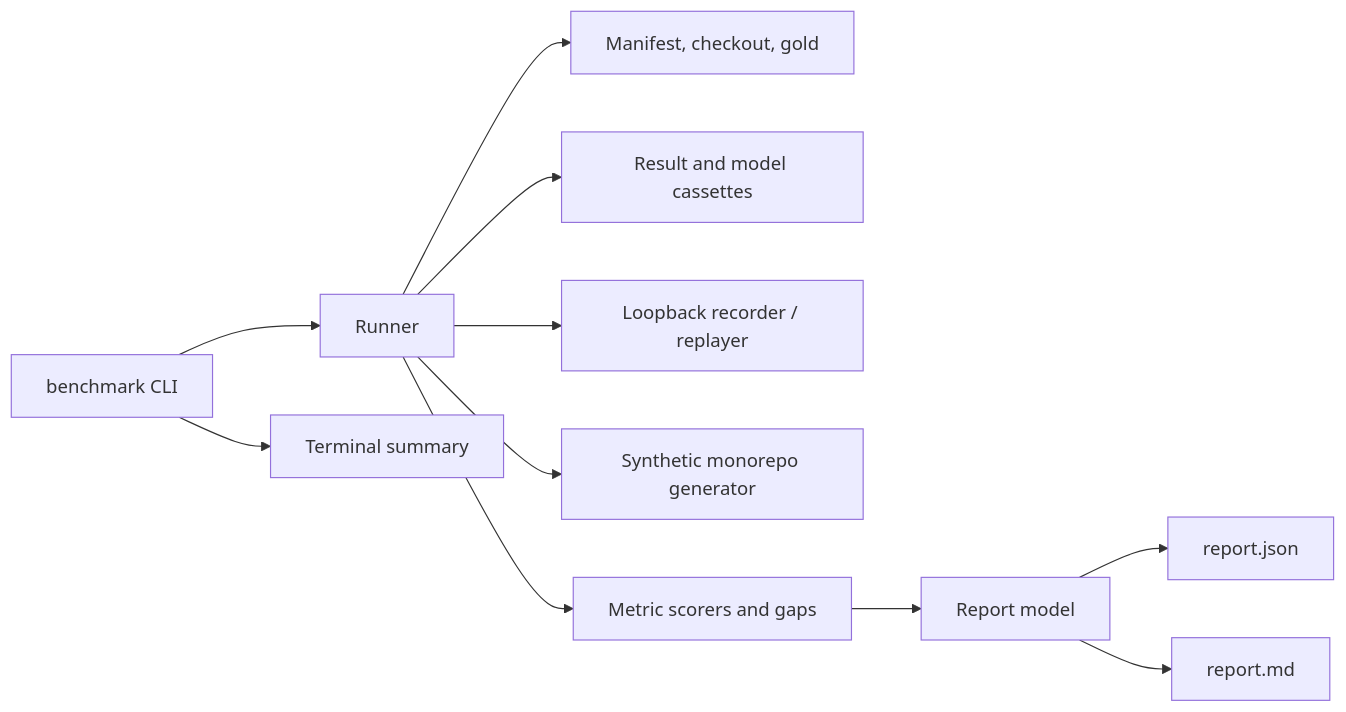
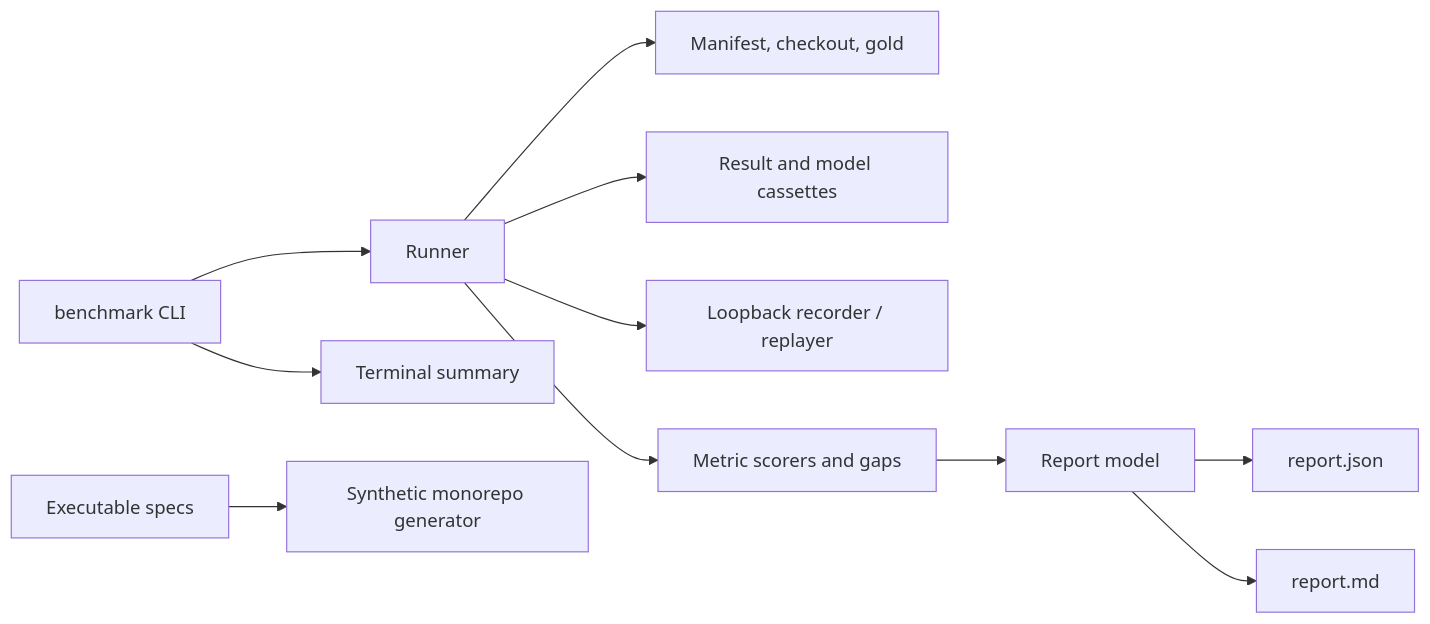
Before and after one commit to kressnerd/ortsinn: the first of 2 diagrams in givn/changes/benchmark-gate/design.md, drawn with Mermaid. The commit also changed other lines of this file and 6 other files, not shown here.

````diff
--- a/givn/changes/benchmark-gate/design.md
+++ b/givn/changes/benchmark-gate/design.md
@@ -184,13 +184,13 @@
 ```mermaid
 flowchart LR
     CLI[benchmark CLI] --> RUN[Runner]
     RUN --> MAN[Manifest, checkout, gold]
     RUN --> CASS[Result and model cassettes]
     RUN --> REC[Loopback recorder / replayer]
-    RUN --> GEN[Synthetic monorepo generator]
+    T[Executable specs] --> GEN[Synthetic monorepo generator]
     RUN --> MET[Metric scorers and gaps]
     MET --> REP[Report model]
     REP --> JSON[report.json]
     REP --> MD[report.md]
     CLI --> OUT[Terminal summary]
 ```
````
